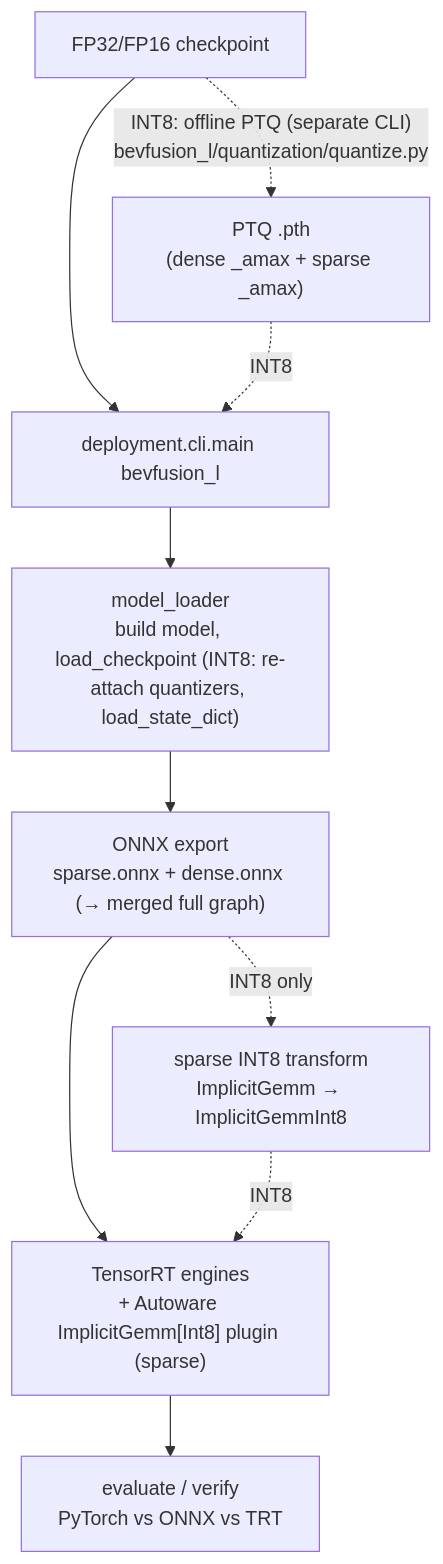
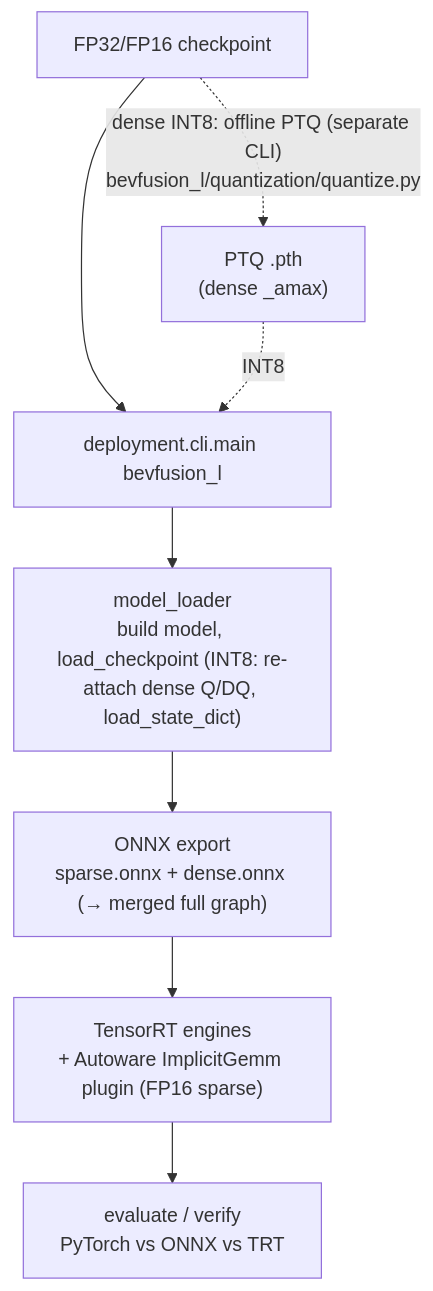
The diagram in deployment/projects/bevfusion_l/README.md (vividf/AWML), drawn with Mermaid before and after one commit. The commit also changed other lines of this file and 51 other files, not shown here.

````diff
--- a/deployment/projects/bevfusion_l/README.md
+++ b/deployment/projects/bevfusion_l/README.md
@@ -33,12 +32,10 @@
 ```mermaid
 flowchart TD
     ckpt["FP32/FP16 checkpoint"] --> run["deployment.cli.main bevfusion_l"]
-    ckpt -. "INT8: offline PTQ (separate CLI)<br/>bevfusion_l/quantization/quantize.py" .-> ptqpth["PTQ .pth<br/>(dense _amax + sparse _amax)"]
+    ckpt -. "dense INT8: offline PTQ (separate CLI)<br/>bevfusion_l/quantization/quantize.py" .-> ptqpth["PTQ .pth<br/>(dense _amax)"]
     ptqpth -. INT8 .-> run
-    run --> load["model_loader<br/>build model, load_checkpoint (INT8: re-attach quantizers, load_state_dict)"]
+    run --> load["model_loader<br/>build model, load_checkpoint (INT8: re-attach dense Q/DQ, load_state_dict)"]
     load --> onnx["ONNX export<br/>sparse.onnx + dense.onnx (→ merged full graph)"]
-    onnx -. "INT8 only" .-> xform["sparse INT8 transform<br/>ImplicitGemm → ImplicitGemmInt8"]
-    onnx --> trt["TensorRT engines<br/>+ Autoware ImplicitGemm[Int8] plugin (sparse)"]
-    xform -. INT8 .-> trt
+    onnx --> trt["TensorRT engines<br/>+ Autoware ImplicitGemm plugin (FP16 sparse)"]
     trt --> eval["evaluate / verify<br/>PyTorch vs ONNX vs TRT"]
 ```
````
